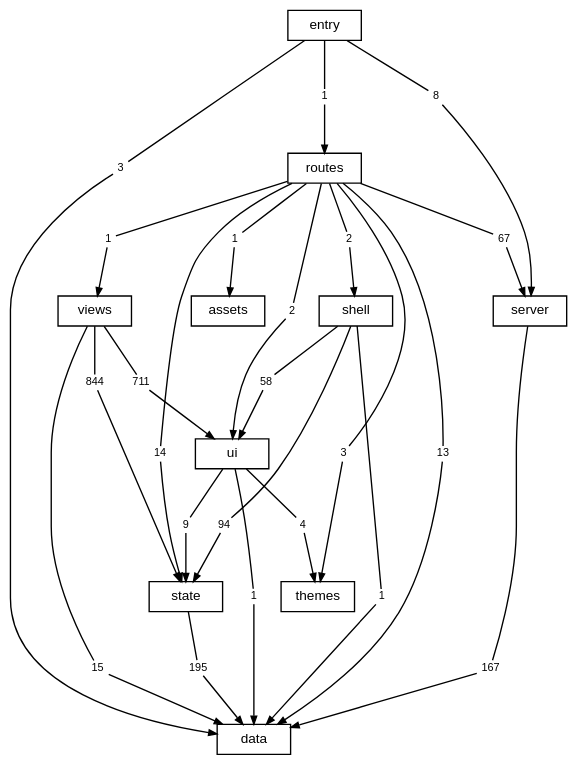
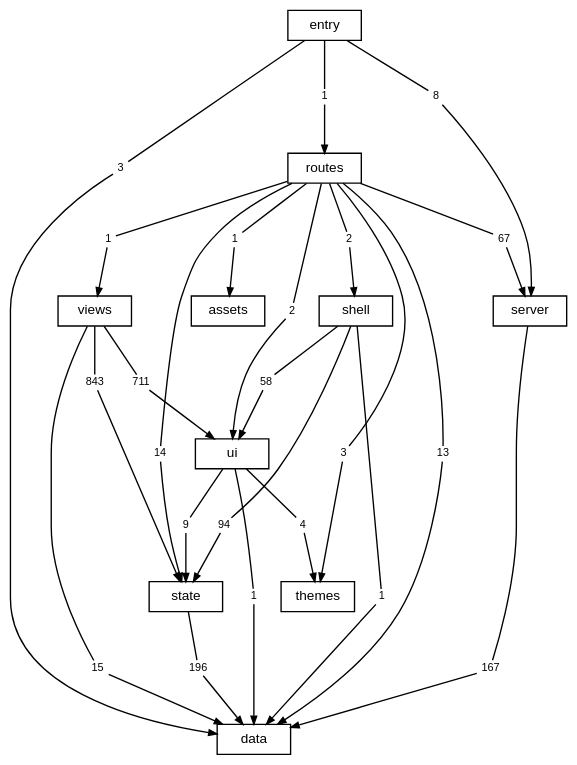
Before and after one commit to TheAxeC/oculus: the diagram in docs/diagrams/layers.dot, drawn with Graphviz. The commit also changed 75 other files, not shown here.

```diff
--- a/docs/diagrams/layers.dot
+++ b/docs/diagrams/layers.dot
@@ -1,81 +1,81 @@
 digraph layers {
     graph [bgcolor="transparent", rankdir=TB, newrank=true, fontname="Helvetica,Arial,sans-serif", fontsize=12, nodesep=0.2, ranksep=0.5];
     node [shape=box, color="black", fontcolor="black", fontname="Helvetica,Arial,sans-serif", fontsize=10, height=0.3, margin="0.12,0.04"];
     edge [color="black", fontcolor="black", fontname="Helvetica,Arial,sans-serif", fontsize=8, arrowsize=0.6];
     "data";
     "server";
     "state";
     "ui";
     "shell";
     "views";
     "themes";
     "routes";
     "src" [label="entry"];
     "files: assets" [label="assets"];
     "routes to data" [label="13", shape=box, color="transparent", fontsize=8, width=0, height=0, margin="0.04,0.02"];
     "routes" -> "routes to data" [arrowhead=none];
     "routes to data" -> "data" [];
     "routes to files: assets" [label="1", shape=box, color="transparent", fontsize=8, width=0, height=0, margin="0.04,0.02"];
     "routes" -> "routes to files: assets" [arrowhead=none];
     "routes to files: assets" -> "files: assets" [];
     "routes to server" [label="67", shape=box, color="transparent", fontsize=8, width=0, height=0, margin="0.04,0.02"];
     "routes" -> "routes to server" [arrowhead=none];
     "routes to server" -> "server" [];
     "routes to shell" [label="2", shape=box, color="transparent", fontsize=8, width=0, height=0, margin="0.04,0.02"];
     "routes" -> "routes to shell" [arrowhead=none];
     "routes to shell" -> "shell" [];
     "routes to state" [label="14", shape=box, color="transparent", fontsize=8, width=0, height=0, margin="0.04,0.02"];
     "routes" -> "routes to state" [arrowhead=none];
     "routes to state" -> "state" [];
     "routes to themes" [label="3", shape=box, color="transparent", fontsize=8, width=0, height=0, margin="0.04,0.02"];
     "routes" -> "routes to themes" [arrowhead=none];
     "routes to themes" -> "themes" [];
     "routes to ui" [label="2", shape=box, color="transparent", fontsize=8, width=0, height=0, margin="0.04,0.02"];
     "routes" -> "routes to ui" [arrowhead=none];
     "routes to ui" -> "ui" [];
     "routes to views" [label="1", shape=box, color="transparent", fontsize=8, width=0, height=0, margin="0.04,0.02"];
     "routes" -> "routes to views" [arrowhead=none];
     "routes to views" -> "views" [];
     "server to data" [label="167", shape=box, color="transparent", fontsize=8, width=0, height=0, margin="0.04,0.02"];
     "server" -> "server to data" [arrowhead=none];
     "server to data" -> "data" [];
     "shell to data" [label="1", shape=box, color="transparent", fontsize=8, width=0, height=0, margin="0.04,0.02"];
     "shell" -> "shell to data" [arrowhead=none];
     "shell to data" -> "data" [];
     "shell to state" [label="94", shape=box, color="transparent", fontsize=8, width=0, height=0, margin="0.04,0.02"];
     "shell" -> "shell to state" [arrowhead=none];
     "shell to state" -> "state" [];
     "shell to ui" [label="58", shape=box, color="transparent", fontsize=8, width=0, height=0, margin="0.04,0.02"];
     "shell" -> "shell to ui" [arrowhead=none];
     "shell to ui" -> "ui" [];
     "src to data" [label="3", shape=box, color="transparent", fontsize=8, width=0, height=0, margin="0.04,0.02"];
     "src" -> "src to data" [arrowhead=none];
     "src to data" -> "data" [];
     "src to routes" [label="1", shape=box, color="transparent", fontsize=8, width=0, height=0, margin="0.04,0.02"];
     "src" -> "src to routes" [arrowhead=none];
     "src to routes" -> "routes" [];
     "src to server" [label="8", shape=box, color="transparent", fontsize=8, width=0, height=0, margin="0.04,0.02"];
     "src" -> "src to server" [arrowhead=none];
     "src to server" -> "server" [];
-    "state to data" [label="195", shape=box, color="transparent", fontsize=8, width=0, height=0, margin="0.04,0.02"];
+    "state to data" [label="196", shape=box, color="transparent", fontsize=8, width=0, height=0, margin="0.04,0.02"];
     "state" -> "state to data" [arrowhead=none];
     "state to data" -> "data" [];
     "ui to data" [label="1", shape=box, color="transparent", fontsize=8, width=0, height=0, margin="0.04,0.02"];
     "ui" -> "ui to data" [arrowhead=none];
     "ui to data" -> "data" [];
     "ui to state" [label="9", shape=box, color="transparent", fontsize=8, width=0, height=0, margin="0.04,0.02"];
     "ui" -> "ui to state" [arrowhead=none];
     "ui to state" -> "state" [];
     "ui to themes" [label="4", shape=box, color="transparent", fontsize=8, width=0, height=0, margin="0.04,0.02"];
     "ui" -> "ui to themes" [arrowhead=none];
     "ui to themes" -> "themes" [];
     "views to data" [label="15", shape=box, color="transparent", fontsize=8, width=0, height=0, margin="0.04,0.02"];
     "views" -> "views to data" [arrowhead=none];
     "views to data" -> "data" [];
-    "views to state" [label="844", shape=box, color="transparent", fontsize=8, width=0, height=0, margin="0.04,0.02"];
+    "views to state" [label="843", shape=box, color="transparent", fontsize=8, width=0, height=0, margin="0.04,0.02"];
     "views" -> "views to state" [arrowhead=none];
     "views to state" -> "state" [];
     "views to ui" [label="711", shape=box, color="transparent", fontsize=8, width=0, height=0, margin="0.04,0.02"];
     "views" -> "views to ui" [arrowhead=none];
     "views to ui" -> "ui" [];
 }
```
